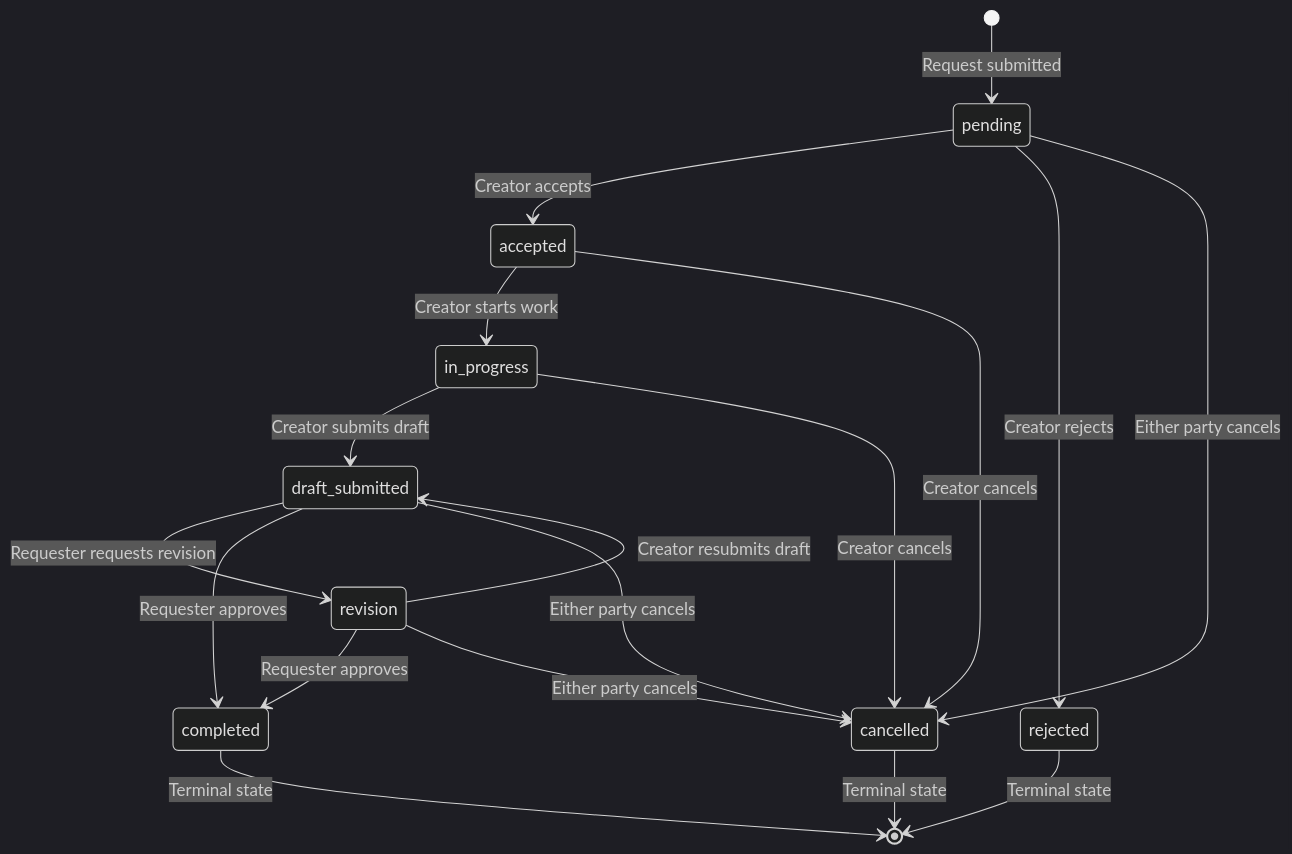
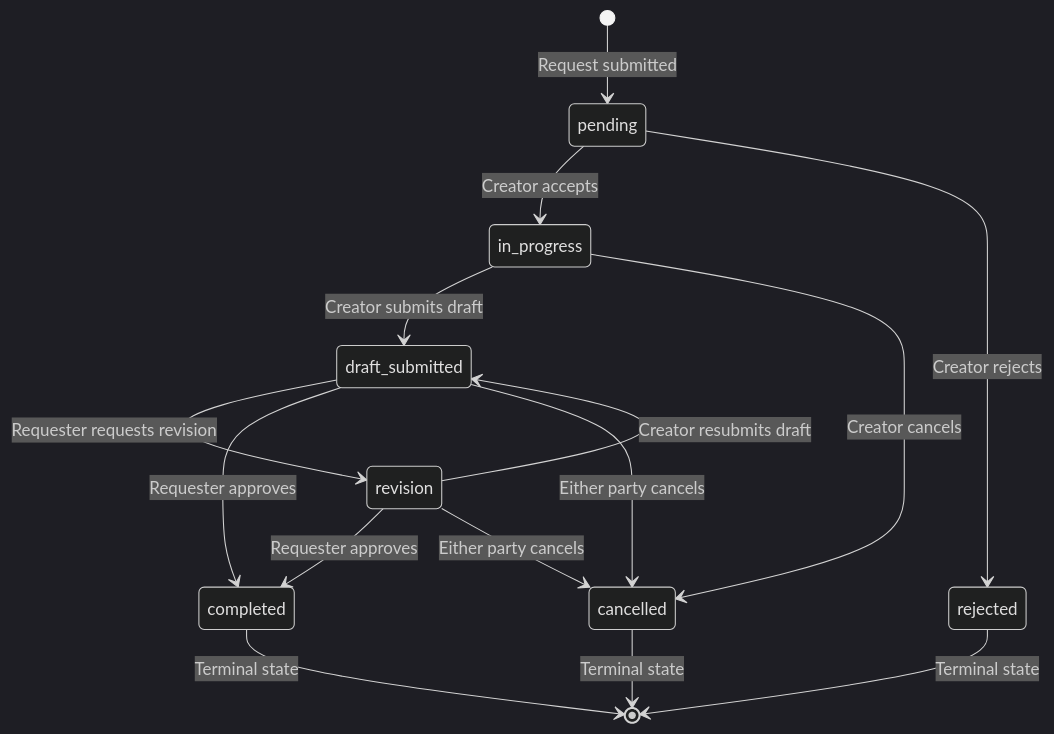
One commit to ngominhthien2004/CT550 changed the diagram in docs/action-flow/request-action-flows.md. Above: the diagram before and after it, drawn with Mermaid (dark theme). The commit also changed other lines of this file, not shown here.

Commit message:
docs: update state machine docs for simplified flow

````diff
--- a/docs/action-flow/request-action-flows.md
+++ b/docs/action-flow/request-action-flows.md
@@ -20,26 +20,22 @@
 ```mermaid
 stateDiagram-v2
     [*] --> pending : Request submitted
     
-    pending --> accepted : Creator accepts
+    pending --> in_progress : Creator accepts
     pending --> rejected : Creator rejects
-    pending --> cancelled : Either party cancels
-    
-    accepted --> in_progress : Creator starts work
-    accepted --> cancelled : Creator cancels
     
     in_progress --> draft_submitted : Creator submits draft
     in_progress --> cancelled : Creator cancels
     
     draft_submitted --> revision : Requester requests revision
     draft_submitted --> completed : Requester approves
     draft_submitted --> cancelled : Either party cancels
     
     revision --> draft_submitted : Creator resubmits draft
     revision --> completed : Requester approves
     revision --> cancelled : Either party cancels
     
     completed --> [*] : Terminal state
     rejected --> [*] : Terminal state
     cancelled --> [*] : Terminal state
 ```
````
